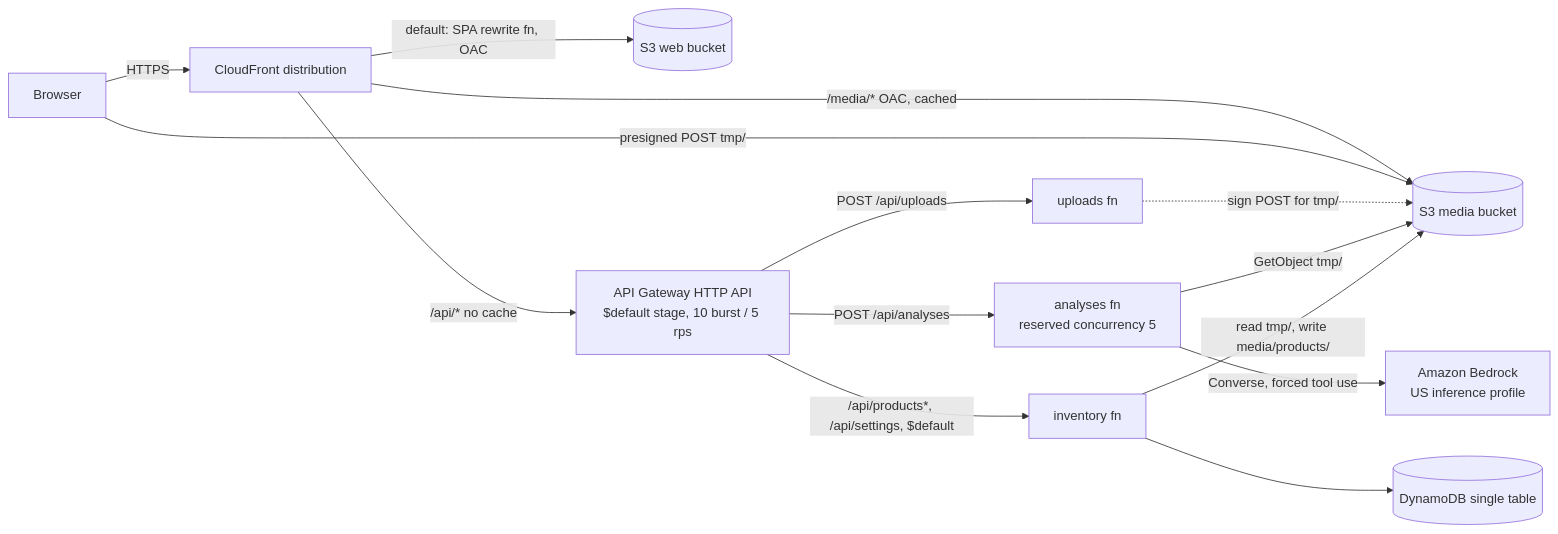
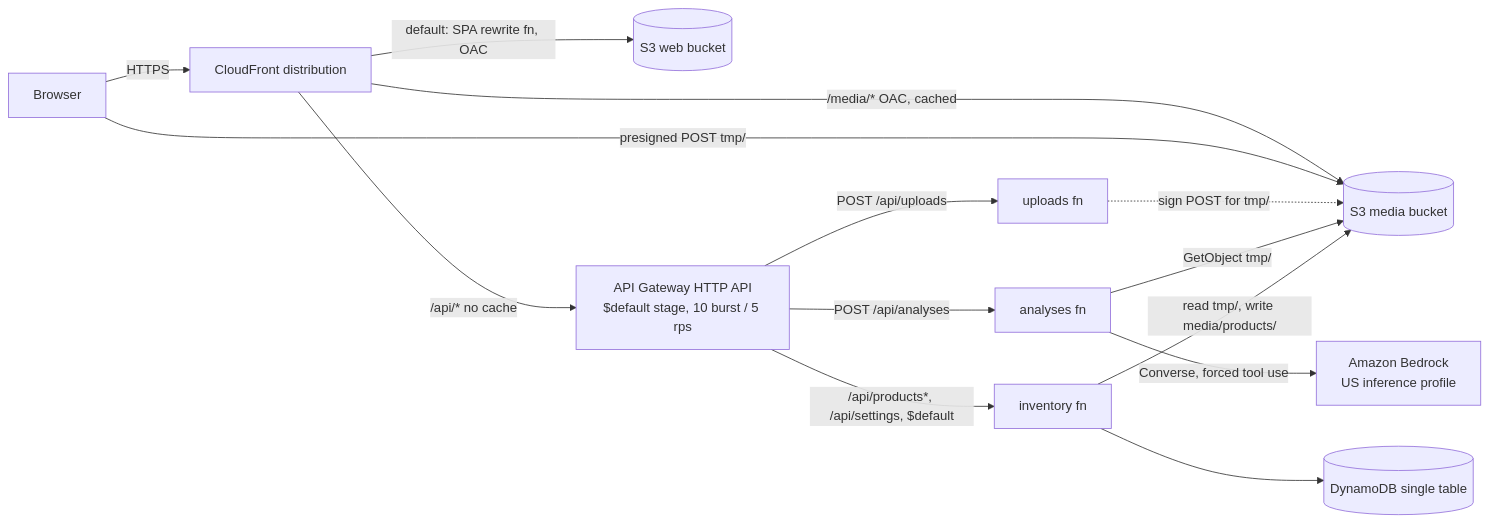
The first of 2 diagrams in docs/architecture.md (cr-montoya/GhostStock), drawn with Mermaid before and after one commit. The commit also changed other lines of this file and 5 other files, not shown here.

Commit message:
fix(infra): drop reserved concurrency that breaks deploys on a 10 quota account

````diff
--- a/docs/architecture.md
+++ b/docs/architecture.md
@@ -9,16 +9,16 @@
 ```mermaid
 flowchart LR
   B[Browser] -->|HTTPS| CF[CloudFront distribution]
   CF -->|"default: SPA rewrite fn, OAC"| WB[(S3 web bucket)]
   CF -->|"/media/* OAC, cached"| MB[(S3 media bucket)]
   CF -->|"/api/* no cache"| API[API Gateway HTTP API<br/>$default stage, 10 burst / 5 rps]
   B -->|"presigned POST tmp/"| MB
   API -->|POST /api/uploads| U[uploads fn]
-  API -->|POST /api/analyses| A[analyses fn<br/>reserved concurrency 5]
+  API -->|POST /api/analyses| A[analyses fn]
   API -->|"/api/products*, /api/settings, $default"| I[inventory fn]
   U -.->|sign POST for tmp/| MB
   A -->|GetObject tmp/| MB
   A -->|Converse, forced tool use| BR[Amazon Bedrock<br/>US inference profile]
   I -->|"read tmp/, write media/products/"| MB
   I --> DDB[(DynamoDB single table)]
 ```
````
